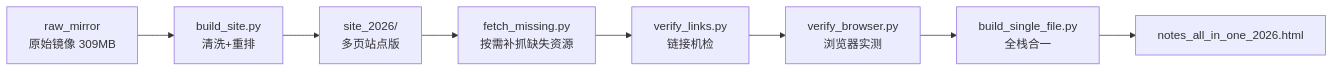
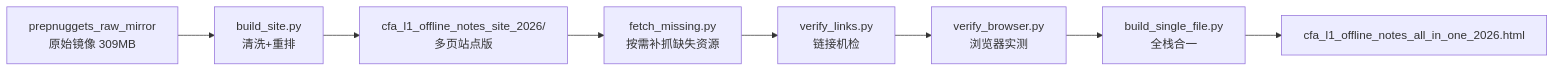
Before and after one commit to MrYanYe/CFA_curated_offline_notes: the diagram in README.md, drawn with Mermaid. The commit also changed other lines of this file and 393 other files, not shown here.

````diff
--- a/README.md
+++ b/README.md
@@ -150,10 +150,10 @@
 ```mermaid
 flowchart LR
-    A[raw_mirror<br/>原始镜像 309MB] --> B[build_site.py<br/>清洗+重排]
-    B --> C[site_2026/<br/>多页站点版]
+    A[prepnuggets_raw_mirror<br/>原始镜像 309MB] --> B[build_site.py<br/>清洗+重排]
+    B --> C[cfa_l1_offline_notes_site_2026/<br/>多页站点版]
     C --> D[fetch_missing.py<br/>按需补抓缺失资源]
     D --> E[verify_links.py<br/>链接机检]
     E --> F[verify_browser.py<br/>浏览器实测]
     F --> G[build_single_file.py<br/>全栈合一]
-    G --> H[notes_all_in_one_2026.html]
+    G --> H[cfa_l1_offline_notes_all_in_one_2026.html]
 ```
````
